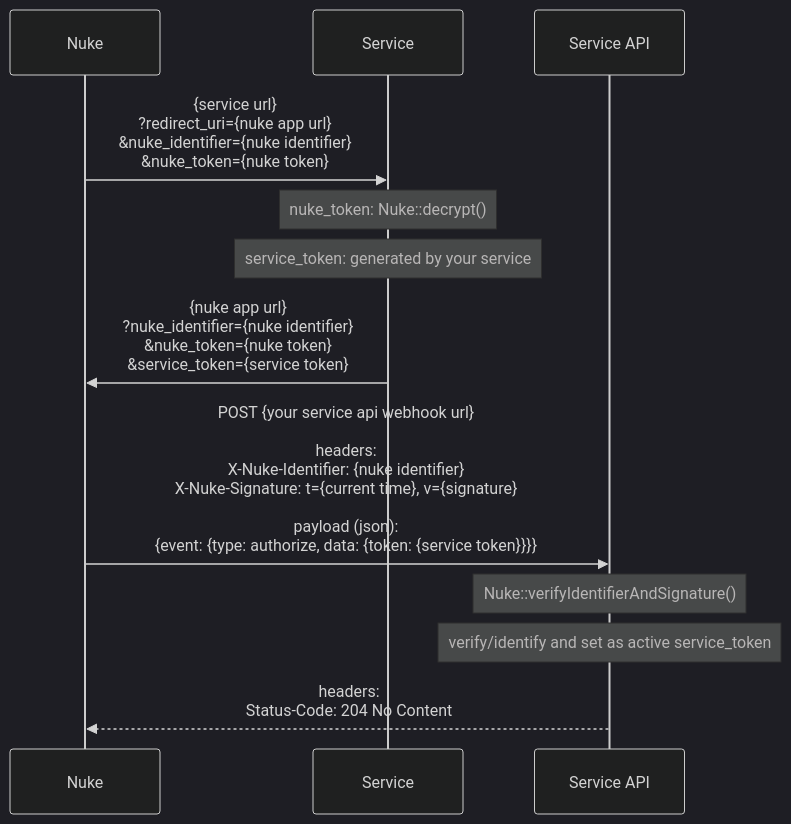
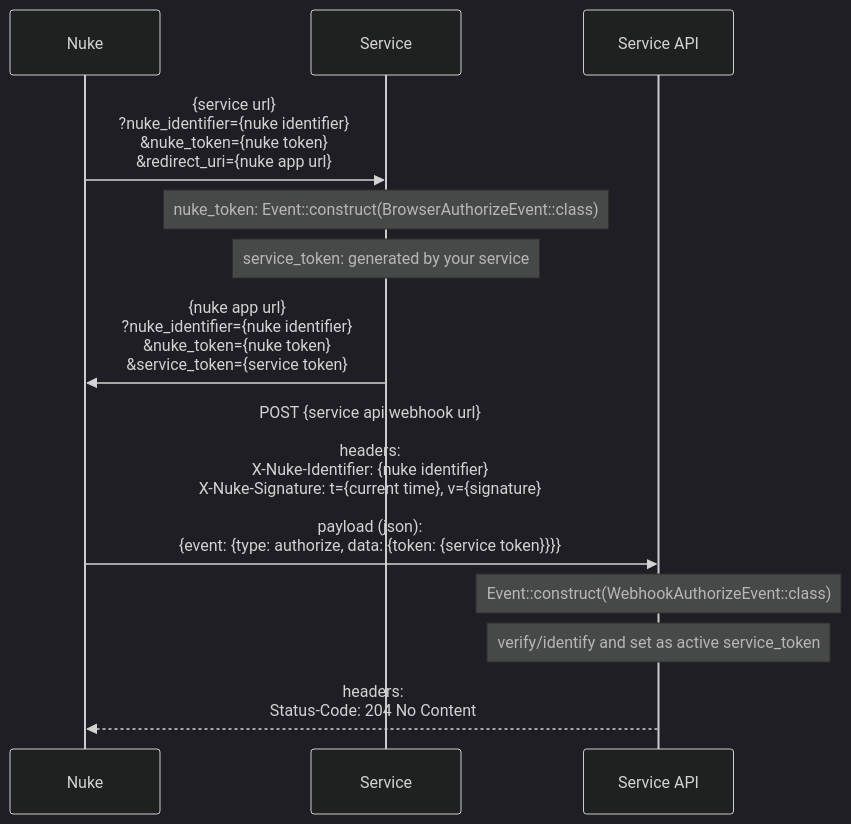
The third of 6 diagrams in README.md (nukefromorbit/nuke-php), drawn with Mermaid (dark theme) before and after one commit. The commit also changed other lines of this file and 15 other files, not shown here.

Commit message:
feat(nuke): service implementation

````diff
--- a/README.md
+++ b/README.md
@@ -35,22 +38,22 @@
 ```mermaid
 sequenceDiagram
     participant nuke as Nuke
     participant service as Service
     participant service_api as Service API
 
-    nuke ->> service: {service url}<br>?redirect_uri={nuke app url}<br>&nuke_identifier={nuke identifier}<br>&nuke_token={nuke token}
+    nuke ->> service: {service url}<br>?nuke_identifier={nuke identifier}<br>&nuke_token={nuke token}<br>&redirect_uri={nuke app url}
 
-    note over service: nuke_token: Nuke::decrypt()
+    note over service: nuke_token: Event::construct(BrowserAuthorizeEvent::class)
 
     note over service: service_token: generated by your service
 
     service ->> nuke: {nuke app url}<br>?nuke_identifier={nuke identifier}<br>&nuke_token={nuke token}<br>&service_token={service token}
 
-    nuke ->> service_api: POST {your service api webhook url}<br><br>headers:<br>X-Nuke-Identifier: {nuke identifier}<br>X-Nuke-Signature: t={current time}, v={signature}<br><br>payload (json):<br>{event: {type: authorize, data: {token: {service token}}}}
+    nuke ->> service_api: POST {service api webhook url}<br><br>headers:<br>X-Nuke-Identifier: {nuke identifier}<br>X-Nuke-Signature: t={current time}, v={signature}<br><br>payload (json):<br>{event: {type: authorize, data: {token: {service token}}}}
 
-    note over service_api: Nuke::verifyIdentifierAndSignature()
+    note over service_api: Event::construct(WebhookAuthorizeEvent::class)
 
     note over service_api: verify/identify and set as active service_token
 
     service_api -->> nuke: headers:<br>Status-Code: 204 No Content
 ```
````
